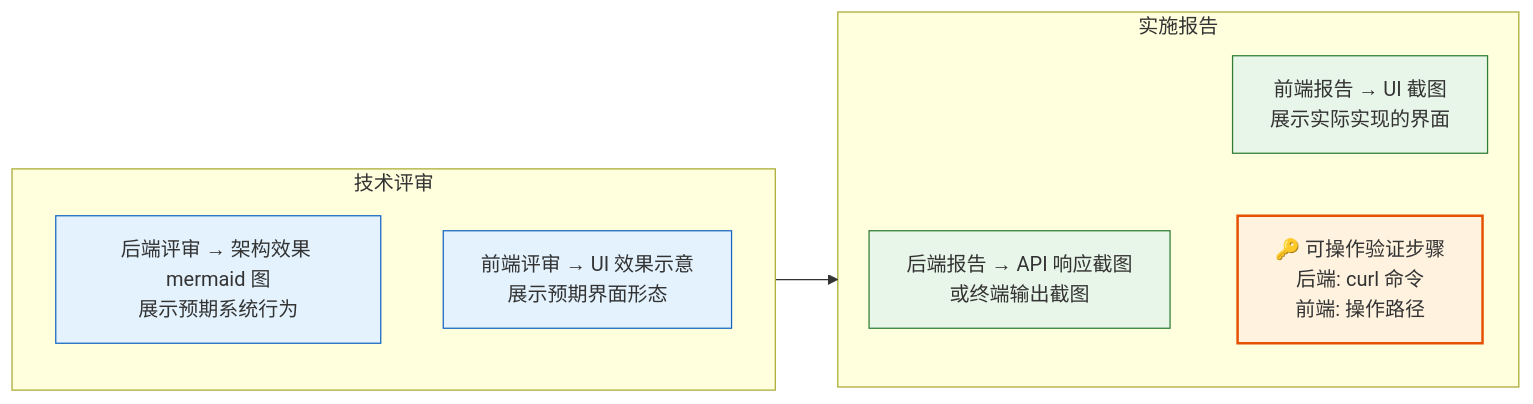
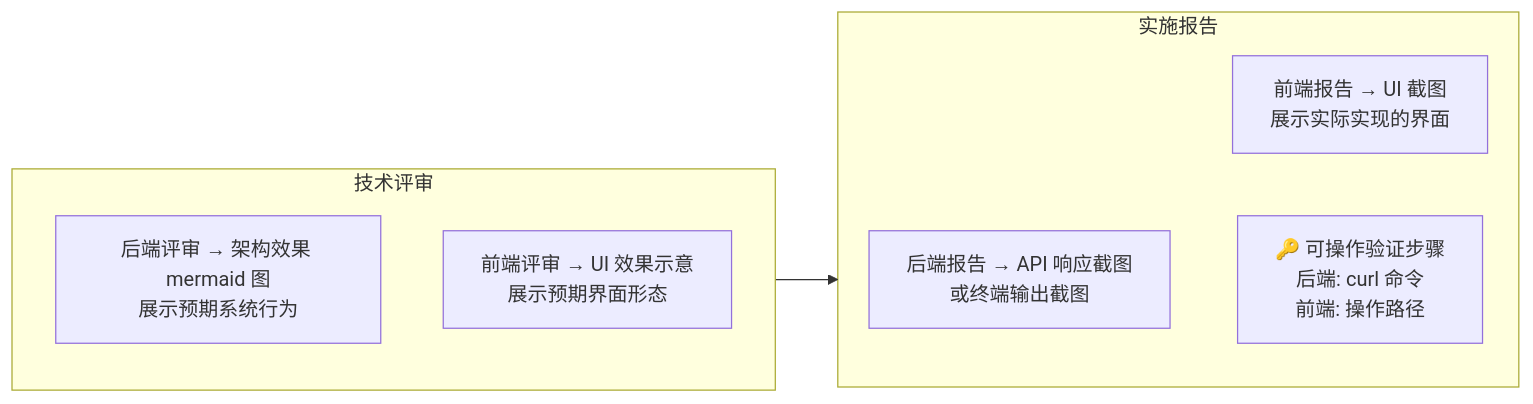
Before and after one commit to effiy/YrY: the eighth of 11 diagrams in rules/doc-generation.md, drawn with Mermaid. The commit also changed other lines of this file and 61 other files, not shown here.

````diff
--- a/rules/doc-generation.md
+++ b/rules/doc-generation.md
@@ -357,17 +339,14 @@
 ```mermaid
 flowchart LR
     subgraph 评审["技术评审"]
         R1["后端评审 → 架构效果 mermaid 图<br/>展示预期系统行为"]:::review
         R2["前端评审 → UI 效果示意<br/>展示预期界面形态"]:::review
     end
     subgraph 报告["实施报告"]
         P1["后端报告 → API 响应截图<br/>或终端输出截图"]:::report
         P2["前端报告 → UI 截图<br/>展示实际实现的界面"]:::report
         P3["🔑 可操作验证步骤<br/>后端: curl 命令<br/>前端: 操作路径"]:::must
     end
     评审 --> 报告 --> P3
 
-    classDef review fill:#e3f2fd,stroke:#1565c0;
-    classDef report fill:#e8f5e9,stroke:#2e7d32;
-    classDef must fill:#fff3e0,stroke:#e65100,stroke-width:2px;
 ```
````
